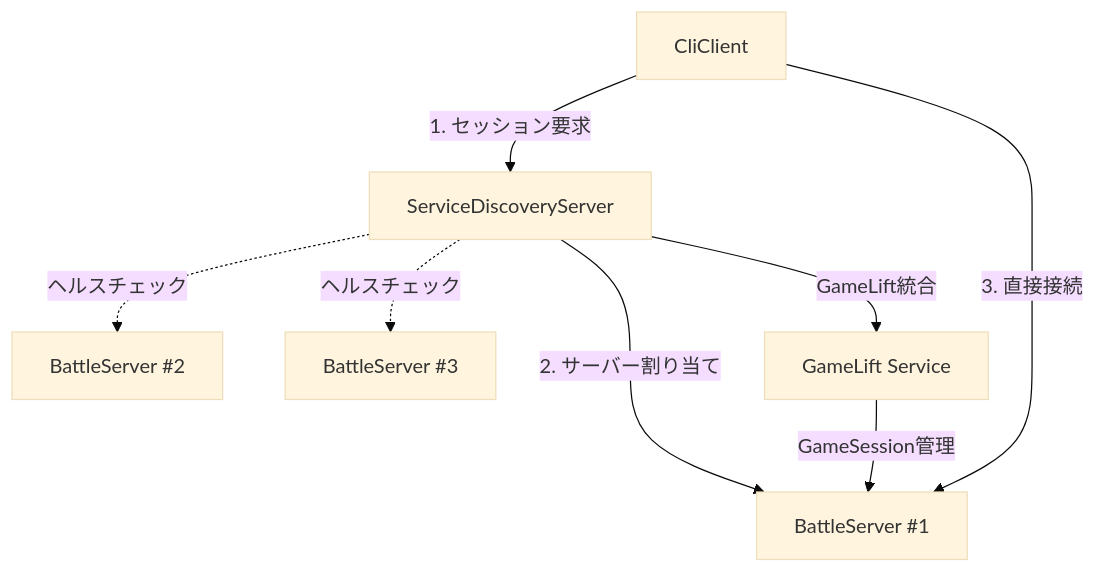
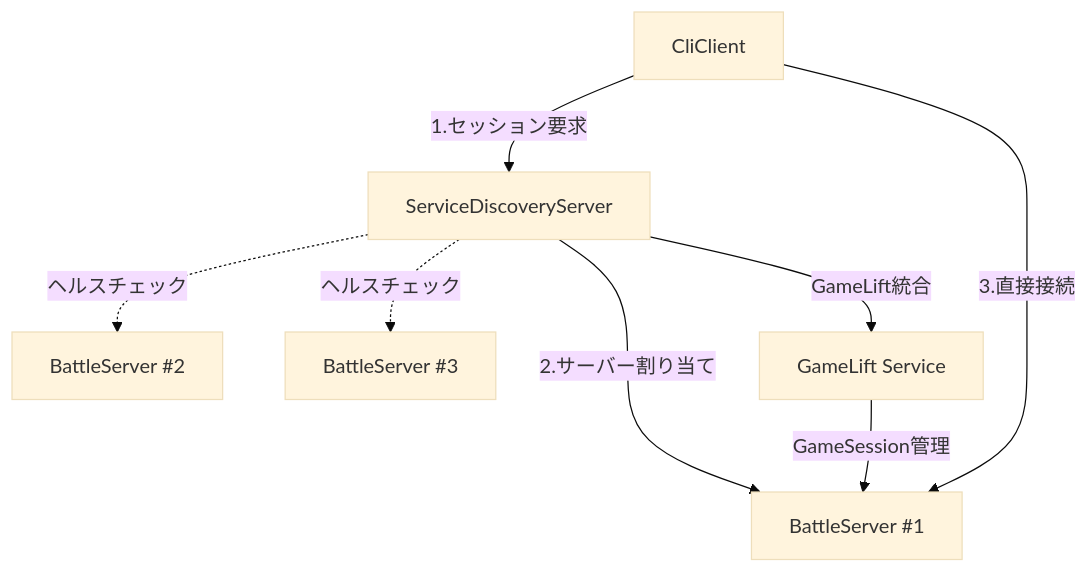
One commit to guitarrapc/InMemoryServerClient changed the diagram in docs/Technical.ServiceDiscovery.md. Above: the diagram before and after it, drawn with Mermaid (base theme). The commit also changed other lines of this file and 11 other files, not shown here.

````diff
--- a/docs/Technical.ServiceDiscovery.md
+++ b/docs/Technical.ServiceDiscovery.md
@@ -43,17 +43,17 @@
 ```mermaid
 graph TB
     Client[CliClient]
     Discovery[ServiceDiscoveryServer]
     Battle1[BattleServer #1]
     Battle2[BattleServer #2]
     Battle3[BattleServer #3]
     GameLift[GameLift Service]
 
-    Client -->|1. セッション要求| Discovery
-    Discovery -->|2. サーバー割り当て| Battle1
+    Client -->|1.セッション要求| Discovery
+    Discovery -->|2.サーバー割り当て| Battle1
     Discovery -->|GameLift統合| GameLift
     GameLift -->|GameSession管理| Battle1
-    Client -->|3. 直接接続| Battle1
+    Client -->|3.直接接続| Battle1
     Discovery -.->|ヘルスチェック| Battle2
     Discovery -.->|ヘルスチェック| Battle3
 ```
````
